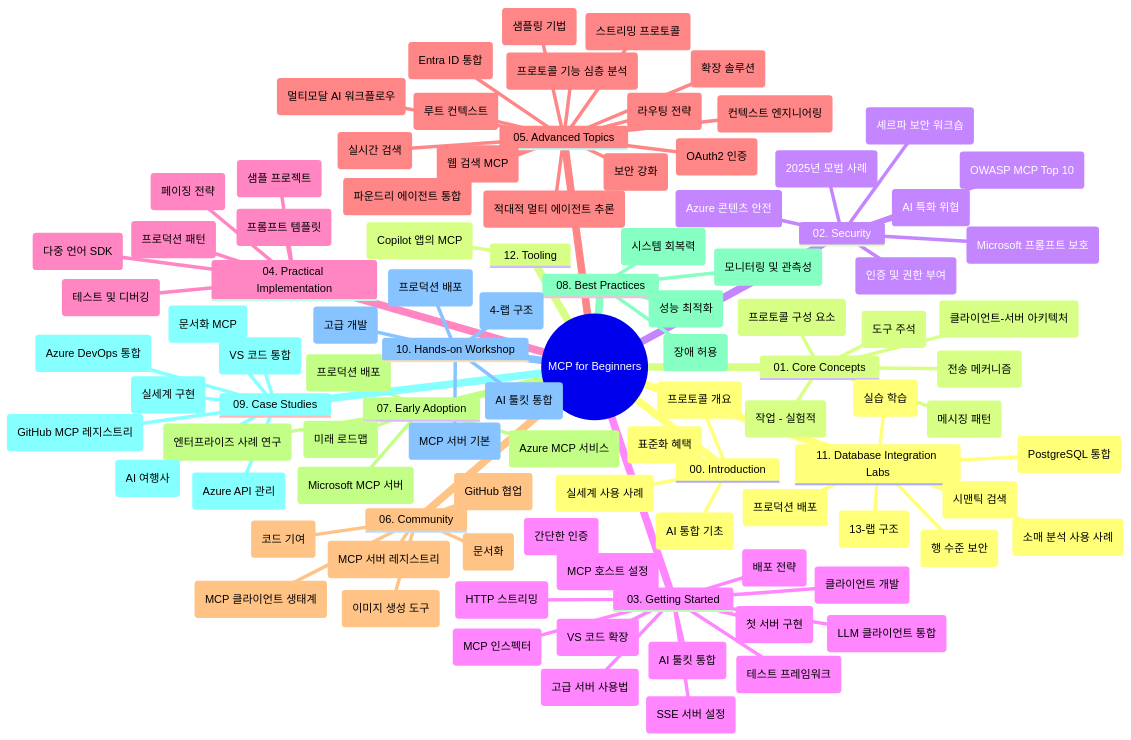
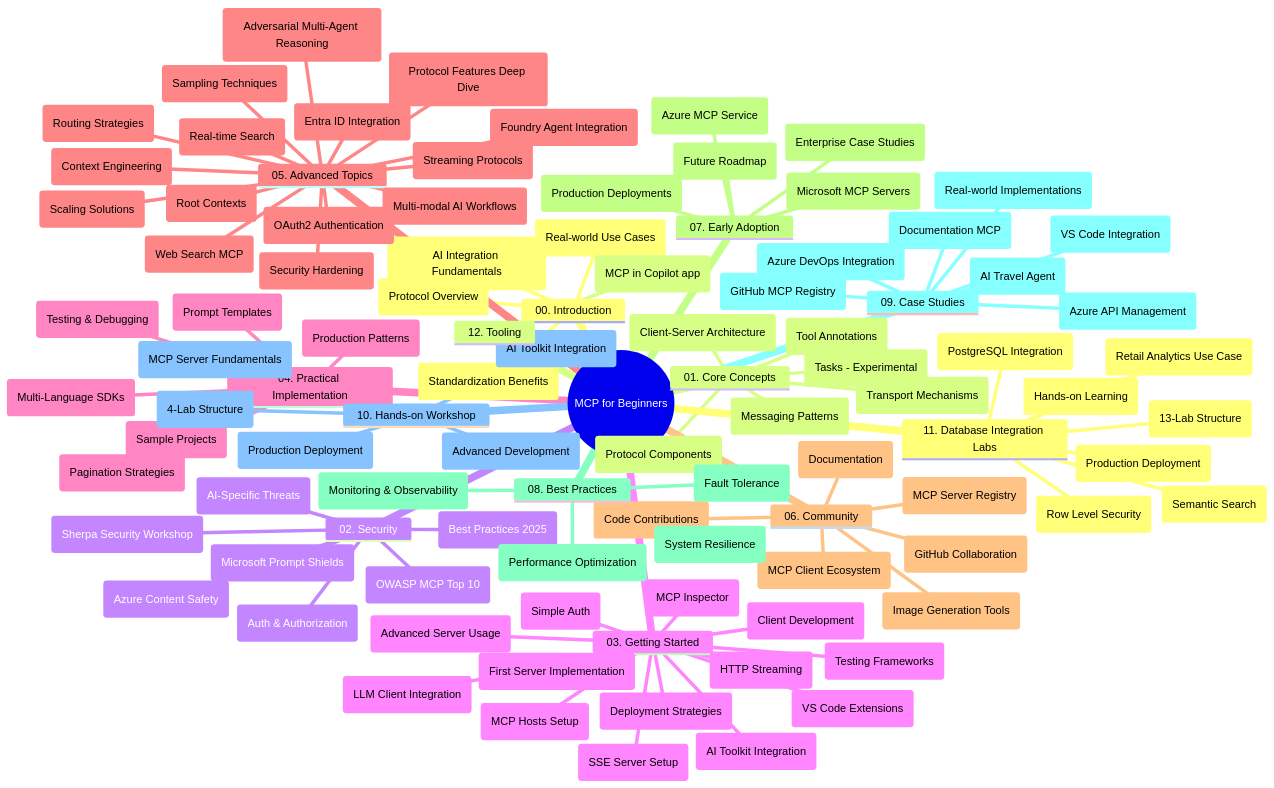
Before and after one commit to HIDORAKAI002/ai-workspace-archive: the diagram in mcp_ecosystem__model_context_protocol/mcp_learning_resources/mcp-for-beginners/translations/ko/study_guide.md, drawn with Mermaid. The commit also changed other lines of this file and 1046 other files, not shown here.

Commit message:
chore(sync): Update microsoft/mcp-for-beginners

````diff
--- a/mcp_ecosystem__model_context_protocol/mcp_learning_resources/mcp-for-beginners/translations/ko/study_guide.md
+++ b/mcp_ecosystem__model_context_protocol/mcp_learning_resources/mcp-for-beginners/translations/ko/study_guide.md
@@ -13,115 +13,115 @@
   root((MCP for Beginners))
     00. Introduction
       ::icon(fa fa-book)
-      (프로토콜 개요)
-      (표준화 혜택)
-      (실세계 사용 사례)
-      (AI 통합 기초)
+      (Protocol Overview)
+      (Standardization Benefits)
+      (Real-world Use Cases)
+      (AI Integration Fundamentals)
     01. Core Concepts
       ::icon(fa fa-puzzle-piece)
-      (클라이언트-서버 아키텍처)
-      (프로토콜 구성 요소)
-      (메시징 패턴)
-      (전송 메커니즘)
-      (작업 - 실험적)
-      (도구 주석)
+      (Client-Server Architecture)
+      (Protocol Components)
+      (Messaging Patterns)
+      (Transport Mechanisms)
+      (Tasks - Experimental)
+      (Tool Annotations)
     02. Security
       ::icon(fa fa-shield)
-      (AI 특화 위협)
-      (2025년 모범 사례)
-      (Azure 콘텐츠 안전)
-      (인증 및 권한 부여)
-      (Microsoft 프롬프트 보호)
+      (AI-Specific Threats)
+      (Best Practices 2025)
+      (Azure Content Safety)
+      (Auth & Authorization)
+      (Microsoft Prompt Shields)
       (OWASP MCP Top 10)
-      (셰르파 보안 워크숍)
+      (Sherpa Security Workshop)
     03. Getting Started
       ::icon(fa fa-rocket)
-      (첫 서버 구현)
-      (클라이언트 개발)
-      (LLM 클라이언트 통합)
-      (VS 코드 확장)
-      (SSE 서버 설정)
-      (HTTP 스트리밍)
-      (AI 툴킷 통합)
-      (테스트 프레임워크)
-      (고급 서버 사용법)
-      (간단한 인증)
-      (배포 전략)
-      (MCP 호스트 설정)
-      (MCP 인스펙터)
+      (First Server Implementation)
+      (Client Development)
+      (LLM Client Integration)
+      (VS Code Extensions)
+      (SSE Server Setup)
+      (HTTP Streaming)
+      (AI Toolkit Integration)
+      (Testing Frameworks)
+      (Advanced Server Usage)
+      (Simple Auth)
+      (Deployment Strategies)
+      (MCP Hosts Setup)
+      (MCP Inspector)
     04. Practical Implementation
       ::icon(fa fa-code)
-      (다중 언어 SDK)
-      (테스트 및 디버깅)
-      (프롬프트 템플릿)
-      (샘플 프로젝트)
-      (프로덕션 패턴)
-      (페이징 전략)
+      (Multi-Language SDKs)
+      (Testing & Debugging)
+      (Prompt Templates)
+      (Sample Projects)
+      (Production Patterns)
+      (Pagination Strategies)
     05. Advanced Topics
       ::icon(fa fa-graduation-cap)
-      (컨텍스트 엔지니어링)
-      (파운드리 에이전트 통합)
-      (멀티모달 AI 워크플로우)
-      (OAuth2 인증)
-      (실시간 검색)
-      (스트리밍 프로토콜)
-      (루트 컨텍스트)
-      (라우팅 전략)
-      (샘플링 기법)
-      (확장 솔루션)
-      (보안 강화)
-      (Entra ID 통합)
-      (웹 검색 MCP)
-      (프로토콜 기능 심층 분석)
-      (적대적 멀티 에이전트 추론)
+      (Context Engineering)
+      (Foundry Agent Integration)
+      (Multi-modal AI Workflows)
+      (OAuth2 Authentication)
+      (Real-time Search)
+      (Streaming Protocols)
+      (Root Contexts)
+      (Routing Strategies)
+      (Sampling Techniques)
+      (Scaling Solutions)
+      (Security Hardening)
+      (Entra ID Integration)
+      (Web Search MCP)
+      (Protocol Features Deep Dive)
+      (Adversarial Multi-Agent Reasoning)
       
     06. Community
       ::icon(fa fa-users)
-      (코드 기여)
-      (문서화)
-      (MCP 클라이언트 생태계)
-      (MCP 서버 레지스트리)
-      (이미지 생성 도구)
-      (GitHub 협업)
+      (Code Contributions)
+      (Documentation)
+      (MCP Client Ecosystem)
+      (MCP Server Registry)
+      (Image Generation Tools)
+      (GitHub Collaboration)
     07. Early Adoption
       ::icon(fa fa-lightbulb)
-      (프로덕션 배포)
-      (Microsoft MCP 서버)
-      (Azure MCP 서비스)
-      (엔터프라이즈 사례 연구)
-      (미래 로드맵)
+      (Production Deployments)
+      (Microsoft MCP Servers)
+      (Azure MCP Service)
+      (Enterprise Case Studies)
+      (Future Roadmap)
     08. Best Practices
       ::icon(fa fa-check)
-      (성능 최적화)
-      (장애 허용)
-      (시스템 회복력)
-      (모니터링 및 관측성)
+      (Performance Optimization)
+      (Fault Tolerance)
+      (System Resilience)
+      (Monitoring & Observability)
     09. Case Studies
       ::icon(fa fa-file-text)
-      (Azure API 관리)
-      (AI 여행사)
-      (Azure DevOps 통합)
-      (문서화 MCP)
-      (GitHub MCP 레지스트리)
-      (VS 코드 통합)
-      (실세계 구현)
+      (Azure API Management)
+      (AI Travel Agent)
+      (Azure DevOps Integration)
+      (Documentation MCP)
+      (GitHub MCP Registry)
+      (VS Code Integration)
+      (Real-world Implementations)
     10. Hands-on Workshop
       ::icon(fa fa-laptop)
-      (MCP 서버 기본)
-      (고급 개발)
-      (AI 툴킷 통합)
-      (프로덕션 배포)
-      (4-랩 구조)
+      (MCP Server Fundamentals)
+      (Advanced Development)
+      (AI Toolkit Integration)
+      (Production Deployment)
+      (4-Lab Structure)
     11. Database Integration Labs
       ::icon(fa fa-database)
-      (PostgreSQL 통합)
-      (소매 분석 사용 사례)
-      (행 수준 보안)
-      (시맨틱 검색)
-      (프로덕션 배포)
-      (13-랩 구조)
-      (실습 학습)
+      (PostgreSQL Integration)
+      (Retail Analytics Use Case)
+      (Row Level Security)
+      (Semantic Search)
+      (Production Deployment)
+      (13-Lab Structure)
+      (Hands-on Learning)
     12. Tooling
       ::icon(fa fa-wrench)
-      (Copilot 앱의 MCP)
+      (MCP in Copilot app)
 ```
````
